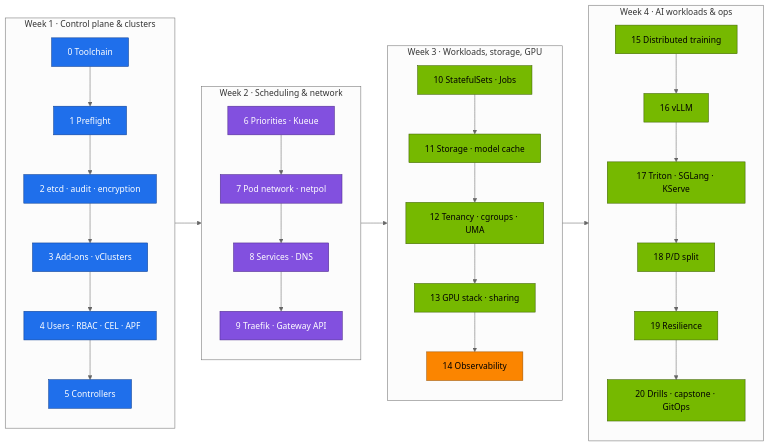
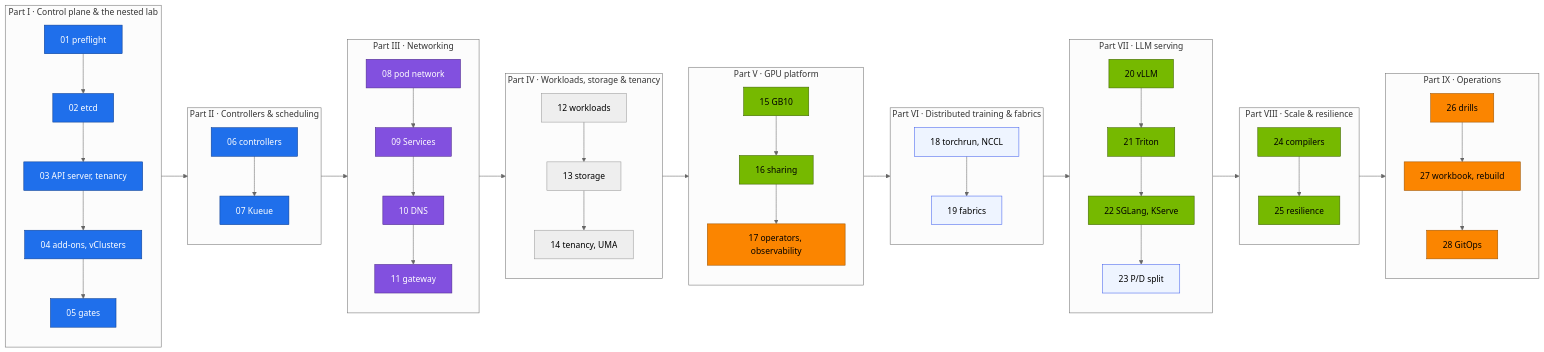
The diagram in 02 Kubernetes/00-kubernetes-step-by-step-guide.md (cloudone365/technical-depth), drawn with Mermaid (neutral theme) before and after one commit. The commit also changed other lines of this file and 157 other files, not shown here.

````diff
--- a/02 Kubernetes/00-kubernetes-step-by-step-guide.md
+++ b/02 Kubernetes/00-kubernetes-step-by-step-guide.md
@@ -13,25 +95,41 @@
 ```mermaid
 flowchart LR
-  subgraph W1["Week 1 · Control plane & clusters"]
-    A0["0 Toolchain"] --> A1["1 Preflight"] --> A2["2 etcd · audit · encryption"] --> A3["3 Add-ons · vClusters"] --> A4["4 Users · RBAC · CEL · APF"] --> A5["5 Controllers"]
+  subgraph P1["Part I · Control plane & the nested lab"]
+    S01[01 preflight] --> S02[02 etcd] --> S03[03 API server, tenancy] --> S04[04 add-ons, vClusters] --> S05[05 gates]
   end
-  subgraph W2["Week 2 · Scheduling & network"]
-    B1["6 Priorities · Kueue"] --> B2["7 Pod network · netpol"] --> B3["8 Services · DNS"] --> B4["9 Traefik · Gateway API"]
+  subgraph P2["Part II · Controllers & scheduling"]
+    S06[06 controllers] --> S07[07 Kueue]
   end
-  subgraph W3["Week 3 · Workloads, storage, GPU"]
-    C1["10 StatefulSets · Jobs"] --> C2["11 Storage · model cache"] --> C3["12 Tenancy · cgroups · UMA"] --> C4["13 GPU stack · sharing"] --> C5["14 Observability"]
+  subgraph P3["Part III · Networking"]
+    S08[08 pod network] --> S09[09 Services] --> S10[10 DNS] --> S11[11 gateway]
   end
-  subgraph W4["Week 4 · AI workloads & ops"]
-    D1["15 Distributed training"] --> D2["16 vLLM"] --> D3["17 Triton · SGLang · KServe"] --> D4["18 P/D split"] --> D5["19 Resilience"] --> D6["20 Drills · capstone · GitOps"]
+  subgraph P4["Part IV · Workloads, storage & tenancy"]
+    S12[12 workloads] --> S13[13 storage] --> S14[14 tenancy, UMA]
   end
-  W1 --> W2 --> W3 --> W4
+  subgraph P5["Part V · GPU platform"]
+    S15[15 GB10] --> S16[16 sharing] --> S17[17 operators, observability]
+  end
+  subgraph P6["Part VI · Distributed training & fabrics"]
+    S18[18 torchrun, NCCL] --> S19[19 fabrics]
+  end
+  subgraph P7["Part VII · LLM serving"]
+    S20[20 vLLM] --> S21[21 Triton] --> S22[22 SGLang, KServe] --> S23[23 P/D split]
+  end
+  subgraph P8["Part VIII · Scale & resilience"]
+    S24[24 compilers] --> S25[25 resilience]
+  end
+  subgraph P9["Part IX · Operations"]
+    S26[26 drills] --> S27[27 workbook, rebuild] --> S28[28 GitOps]
+  end
+  P1 --> P2 --> P3 --> P4 --> P5 --> P6 --> P7 --> P8 --> P9
   classDef ctrl fill:#1f6feb,stroke:#0b3d91,color:#fff
   classDef net fill:#8250df,stroke:#4c2889,color:#fff
   classDef gpu fill:#76b900,stroke:#3d6000,color:#000
   classDef obs fill:#fb8500,stroke:#9a5200,color:#000
-  class A0,A1,A2,A3,A4,A5 ctrl
-  class B1,B2,B3,B4 net
-  class C1,C2,C3,C4 gpu
-  class C5 obs
-  class D1,D2,D3,D4,D5,D6 gpu
+  classDef two fill:#eef4ff,stroke:#4361ee,color:#000
+  class S01,S02,S03,S04,S05,S06,S07 ctrl
+  class S08,S09,S10,S11 net
+  class S15,S16,S20,S21,S22,S24,S25 gpu
+  class S17,S26,S27,S28 obs
+  class S18,S19,S23 two
 ```
````
